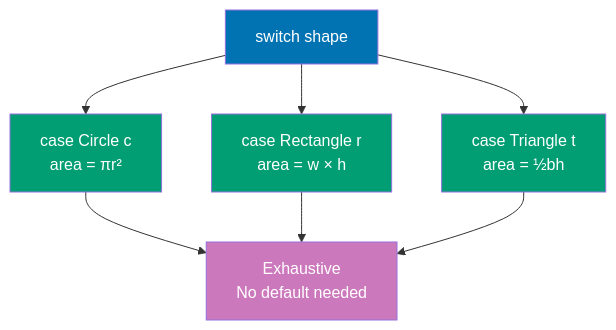
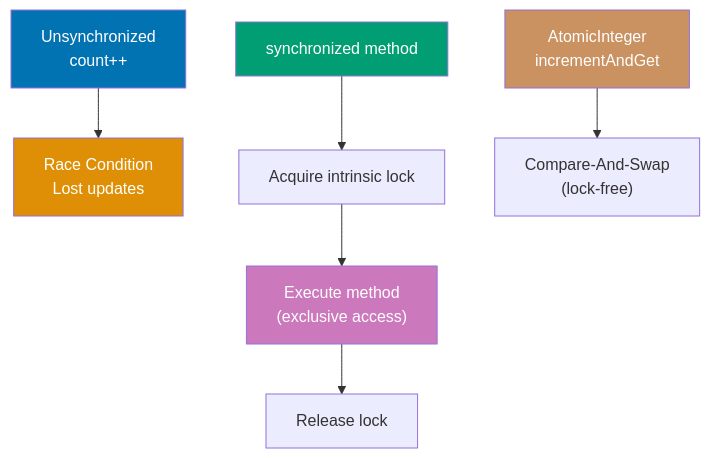
One commit to wahidyankf/open-sharia-enterprise changed the eighth of 8 diagrams in apps/ayokoding-web/content/en/learn/software-engineering/programming-languages/java/tutorials/by-example/intermediate.md. Above: the diagram before and after it, drawn with Mermaid. The commit also changed other lines of this file and 14 other files, not shown here.

````diff
--- a/apps/ayokoding-web/content/en/learn/software-engineering/programming-languages/java/tutorials/by-example/intermediate.md
+++ b/apps/ayokoding-web/content/en/learn/software-engineering/programming-languages/java/tutorials/by-example/intermediate.md
@@ -4800,17 +1638,17 @@
 ```mermaid
 %% Color Palette: Blue #0173B2, Orange #DE8F05, Teal #029E73, Purple #CC78BC, Brown #CA9161
 graph TD
-    Switch["switch shape"]
-    Switch --> CaseC["case Circle c<br/>area = πr²"]
-    Switch --> CaseR["case Rectangle r<br/>area = w × h"]
-    Switch --> CaseT["case Triangle t<br/>area = ½bh"]
-    CaseC --> Result["Exhaustive<br/>No default needed"]
-    CaseR --> Result
-    CaseT --> Result
+    Unsafe["Unsynchronized<br/>count++"] --> Race["Race Condition<br/>Lost updates"]
 
-    style Switch fill:#0173B2,color:#fff
-    style CaseC fill:#029E73,color:#fff
-    style CaseR fill:#029E73,color:#fff
-    style CaseT fill:#029E73,color:#fff
-    style Result fill:#CC78BC,color:#fff
+    Sync["synchronized method"] --> Lock["Acquire intrinsic lock"]
+    Lock --> Execute["Execute method<br/>#40;exclusive access#41;"]
+    Execute --> Unlock["Release lock"]
+
+    Atomic["AtomicInteger<br/>incrementAndGet"] --> CAS["Compare-And-Swap<br/>#40;lock-free#41;"]
+
+    style Unsafe fill:#0173B2,color:#fff
+    style Race fill:#DE8F05,color:#fff
+    style Sync fill:#029E73,color:#fff
+    style Execute fill:#CC78BC,color:#fff
+    style Atomic fill:#CA9161,color:#fff
 ```
````
